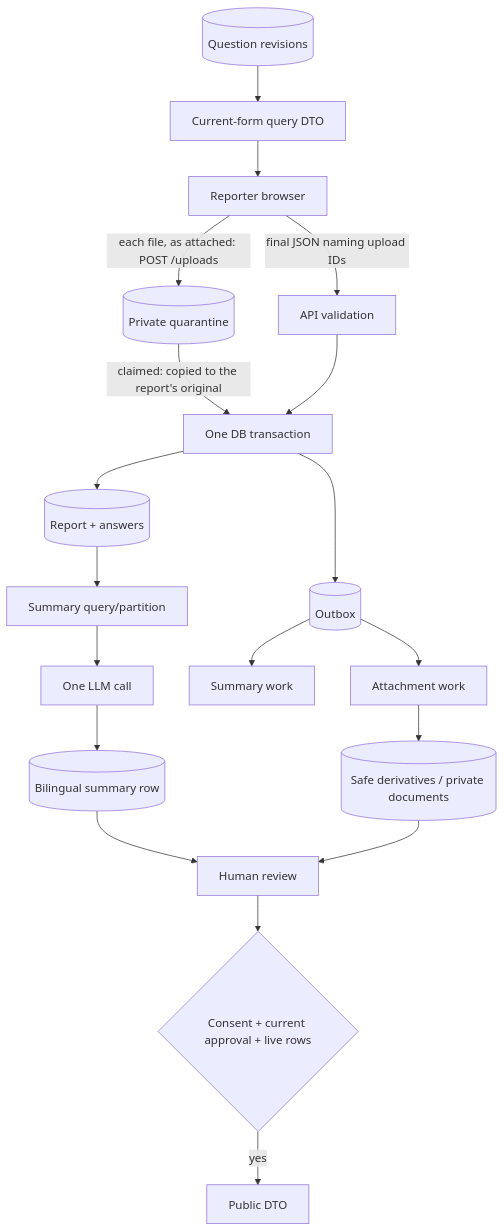
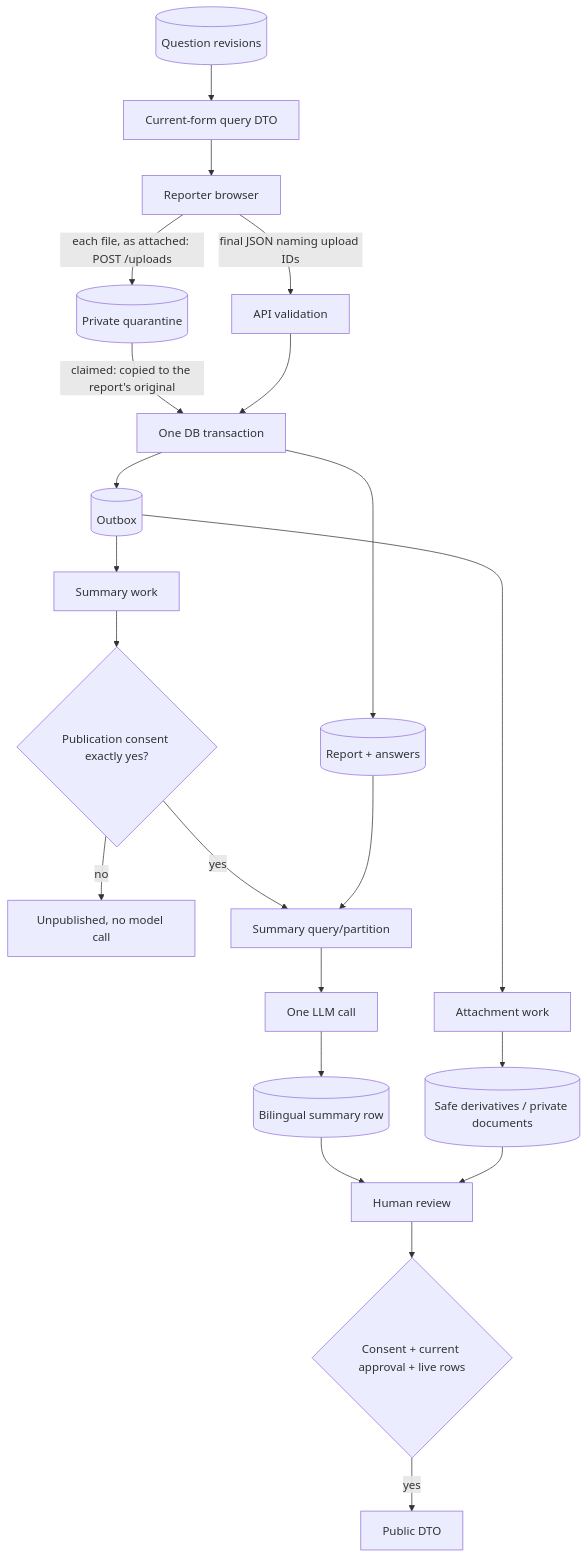
The diagram in docs/interfaces-and-data-flow.md (HPAC-Safety/safety-report), drawn with Mermaid before and after one commit. The commit also changed other lines of this file and 3 other files, not shown here.

First line of the commit message:
Keep one canonical report-flow diagram, current with ADR-0123 and ADR-0125 (#533)

````diff
--- a/docs/interfaces-and-data-flow.md
+++ b/docs/interfaces-and-data-flow.md
@@ -111,21 +114,24 @@
 ```mermaid
 flowchart TD
     qdb[(Question revisions)] --> fq[Current-form query DTO]
     fq --> browser[Reporter browser]
     browser -->|each file, as attached: POST /uploads| quarantine[(Private quarantine)]
     browser -->|final JSON naming upload IDs| validate[API validation]
     quarantine -->|claimed: copied to the report's original| tx
     validate --> tx[One DB transaction]
     tx --> reports[(Report + answers)]
     tx --> outbox[(Outbox)]
     outbox --> media[Attachment work]
     outbox --> summary[Summary work]
     media --> derivative[(Safe derivatives / private documents)]
+    summary --> consent{Publication consent exactly yes?}
+    consent -->|no| unpublished[Unpublished, no model call]
+    consent -->|yes| partition
     reports --> partition[Summary query/partition]
     partition --> model[One LLM call]
     model --> pair[(Bilingual summary row)]
     pair --> review[Human review]
     derivative --> review
     review --> gate{Consent + current approval + live rows}
     gate -->|yes| public[Public DTO]
 ```
````
